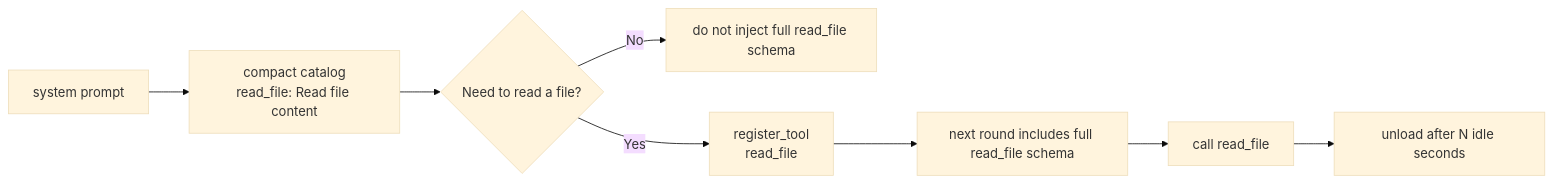
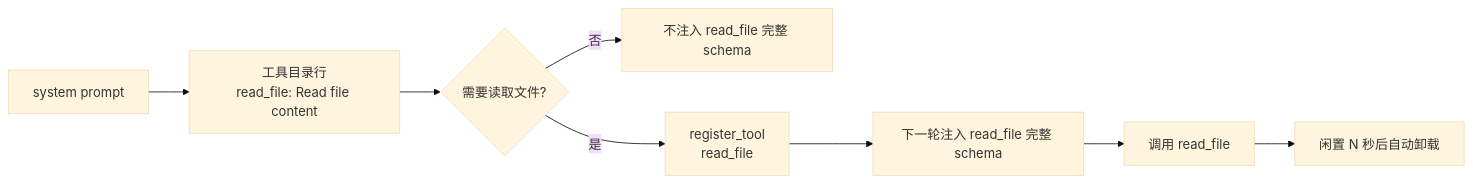
The first of 2 diagrams in README.md (Micro-Mood/Orion), drawn with Mermaid (base theme) before and after one commit. The commit also changed other lines of this file and 3 other files, not shown here.

````diff
--- a/README.md
+++ b/README.md
@@ -136,10 +136,10 @@
 ```mermaid
 flowchart LR
-    A[system prompt] --> B[compact catalog<br/>read_file: Read file content]
-    B --> C{Need to read a file?}
-    C -- No --> D[do not inject full read_file schema]
-    C -- Yes --> E[register_tool<br/>read_file]
-    E --> F[next round includes full read_file schema]
-    F --> G[call read_file]
-    G --> H[unload after N idle seconds]
+    A[system prompt] --> B[工具目录行<br/>read_file: Read file content]
+    B --> C{需要读取文件?}
+    C -- 否 --> D[不注入 read_file 完整 schema]
+    C -- 是 --> E[register_tool<br/>read_file]
+    E --> F[下一轮注入 read_file 完整 schema]
+    F --> G[调用 read_file]
+    G --> H[闲置 N 秒后自动卸载]
 ```
````
